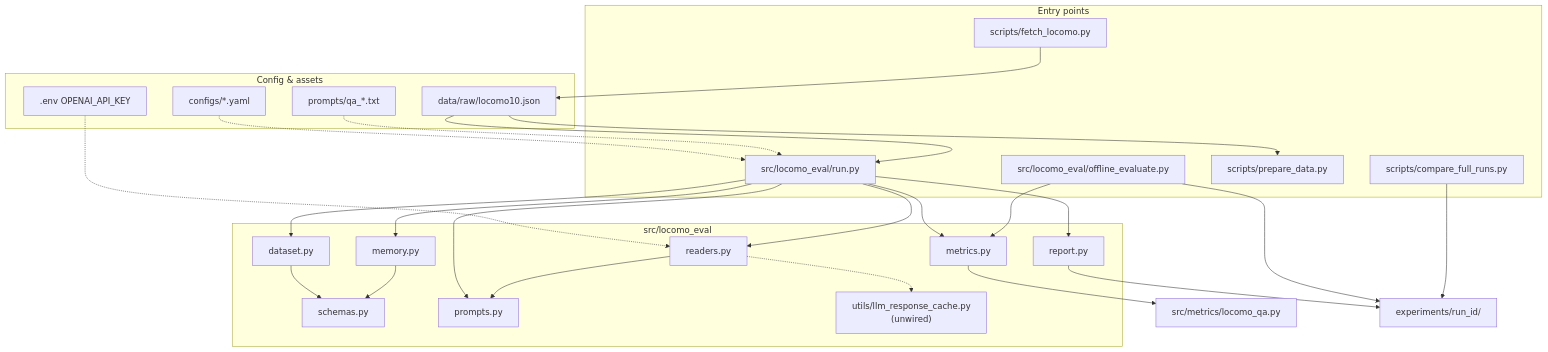
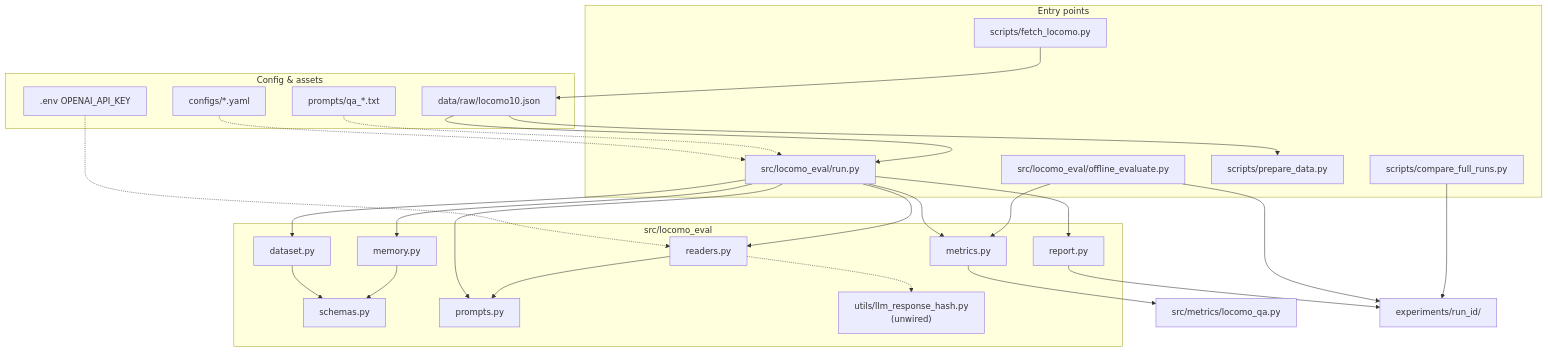
One commit to park-jsdev/long-term-memory-eval changed the first of 4 diagrams in README.md. Above: the diagram before and after it, drawn with Mermaid. The commit also changed other lines of this file and 32 other files, not shown here.

Commit message:
refactored the experiment conditions, refactored cache to hash

````diff
--- a/README.md
+++ b/README.md
@@ -15,54 +15,54 @@
 ```mermaid
 flowchart TB
   subgraph Config["Config & assets"]
     YAML["configs/*.yaml"]
     PROMPT["prompts/qa_*.txt"]
     ENV[".env OPENAI_API_KEY"]
     DATA["data/raw/locomo10.json"]
   end
 
   subgraph CLI["Entry points"]
     RUN["src/locomo_eval/run.py"]
     EVAL["src/locomo_eval/offline_evaluate.py"]
     PREP["scripts/prepare_data.py"]
     CMP["scripts/compare_full_runs.py"]
     FETCH["scripts/fetch_locomo.py"]
   end
 
   subgraph Core["src/locomo_eval"]
     DS["dataset.py"]
     SCH["schemas.py"]
     MEM["memory.py"]
     PR["prompts.py"]
     RD["readers.py"]
-    CACHE["utils/llm_response_cache.py\n(unwired)"]
+    HASH["utils/llm_response_hash.py\n(unwired)"]
     MET["metrics.py"]
     REP["report.py"]
   end
 
   LOCOMO["src/metrics/locomo_qa.py"]
   OUT["experiments/run_id/"]
 
   FETCH --> DATA
   YAML -.-> RUN
   PROMPT -.-> RUN
   ENV -.-> RD
   DATA --> RUN
   DATA --> PREP
 
   RUN --> DS
   RUN --> MEM
   RUN --> PR
   RUN --> RD
   RUN --> MET
   RUN --> REP
   DS --> SCH
   MEM --> SCH
-  RD -.-> CACHE
+  RD -.-> HASH
   RD --> PR
   MET --> LOCOMO
   REP --> OUT
   EVAL --> MET
   EVAL --> OUT
   CMP --> OUT
 ```
````
